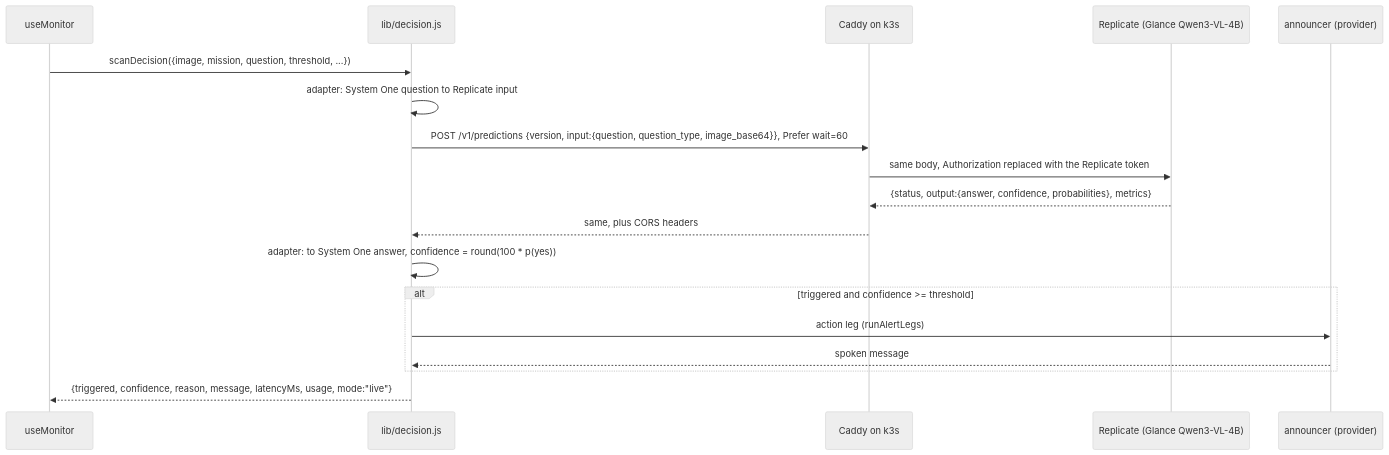
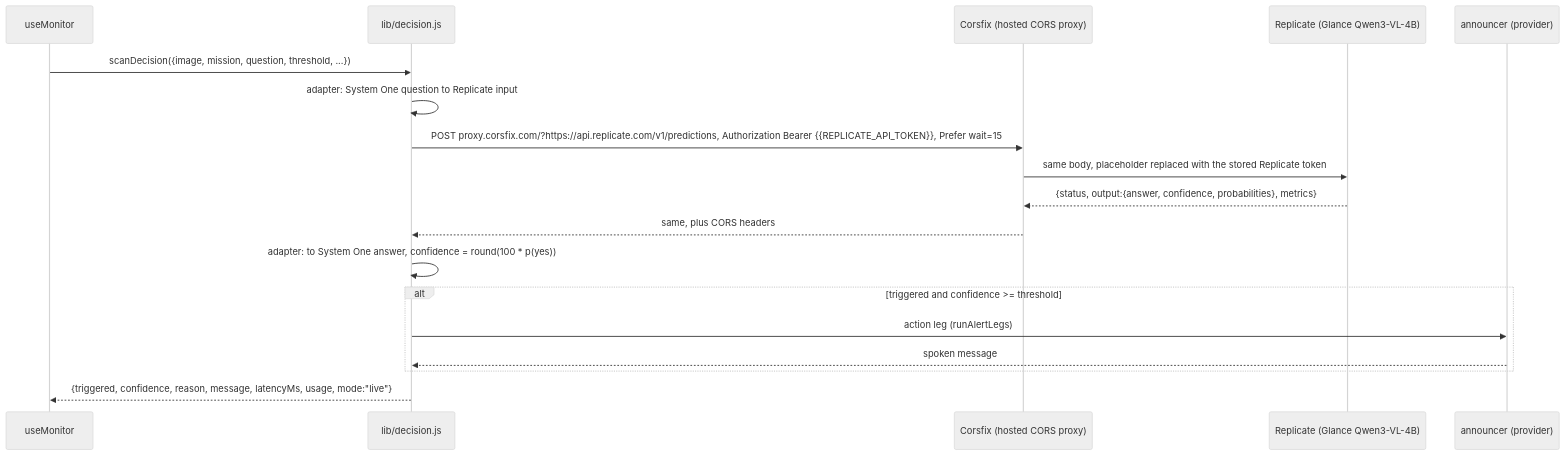
One commit to barakplasma/Aura changed the second of 2 diagrams in docs/PRD-decision-engine.md. Above: the diagram before and after it, drawn with Mermaid (neutral theme). The commit also changed other lines of this file, not shown here.

First line of the commit message:
docs(prd): default to a hosted BYOK CORS proxy for Replicate

````diff
--- a/docs/PRD-decision-engine.md
+++ b/docs/PRD-decision-engine.md
@@ -176,21 +180,21 @@
 ```mermaid
 sequenceDiagram
   participant M as useMonitor
   participant D as lib/decision.js
-  participant C as Caddy on k3s
+  participant C as Corsfix (hosted CORS proxy)
   participant R as Replicate (Glance Qwen3-VL-4B)
   participant P as announcer (provider)
 
   M->>D: scanDecision({image, mission, question, threshold, ...})
   D->>D: adapter: System One question to Replicate input
-  D->>C: POST /v1/predictions {version, input:{question, question_type, image_base64}}, Prefer wait=60
-  C->>R: same body, Authorization replaced with the Replicate token
+  D->>C: POST proxy.corsfix.com/?https://api.replicate.com/v1/predictions, Authorization Bearer {{REPLICATE_API_TOKEN}}, Prefer wait=15
+  C->>R: same body, placeholder replaced with the stored Replicate token
   R-->>C: {status, output:{answer, confidence, probabilities}, metrics}
   C-->>D: same, plus CORS headers
   D->>D: adapter: to System One answer, confidence = round(100 * p(yes))
   alt triggered and confidence >= threshold
     D->>P: action leg (runAlertLegs)
     P-->>D: spoken message
   end
   D-->>M: {triggered, confidence, reason, message, latencyMs, usage, mode:"live"}
 ```
````
